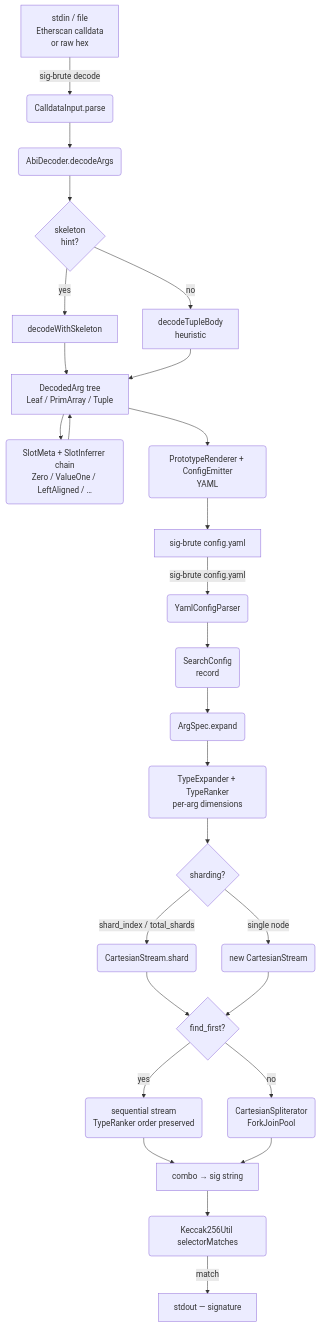
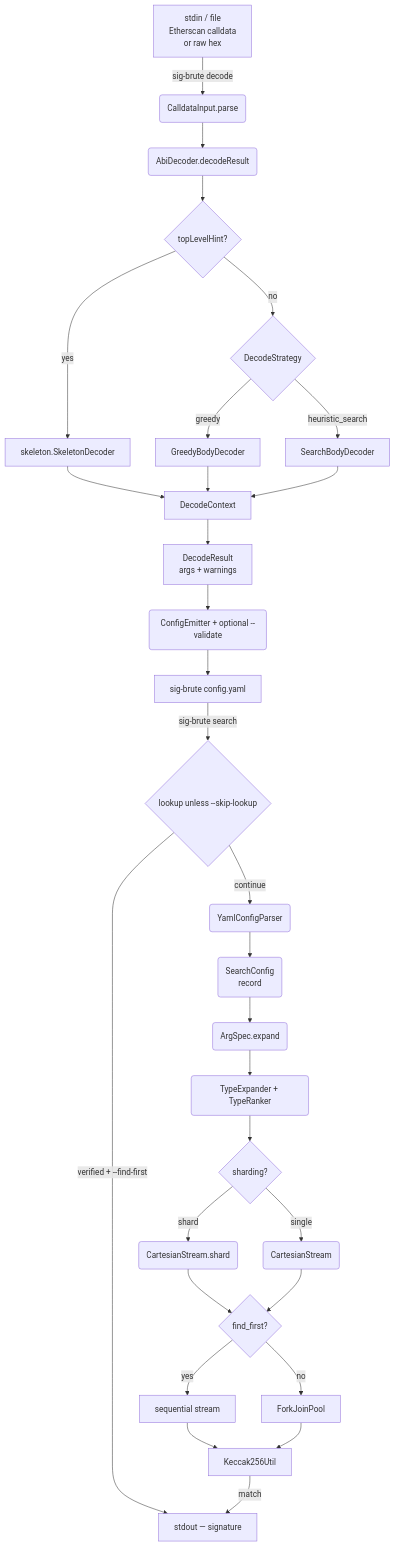
The first of 2 diagrams in designs/sig_brute_design.md (tibetty/sig-brute), drawn with Mermaid before and after one commit. The commit also changed other lines of this file and 97 other files, not shown here.

First line of the commit message:
Refactor decode pipeline with strategies, lookup preflight, and corpus verification.

````diff
--- a/designs/sig_brute_design.md
+++ b/designs/sig_brute_design.md
@@ -93,30 +100,33 @@
 ```mermaid
 flowchart TD
     A["stdin / file<br>Etherscan calldata<br>or raw hex"] -->|sig-brute decode| B(CalldataInput.parse)
-    B --> C(AbiDecoder.decodeArgs)
-    C --> D{"skeleton<br>hint?"}
-    D -->|yes| E[decodeWithSkeleton]
-    D -->|no| F["decodeTupleBody<br>heuristic"]
-    E --> G["DecodedArg tree<br>Leaf / PrimArray / Tuple"]
-    F --> G
-    G --> H("SlotMeta + SlotInferrer chain<br>Zero / ValueOne / LeftAligned / …")
-    H --> G
-    G --> I("PrototypeRenderer + ConfigEmitter<br>YAML")
-    I --> J[sig-brute config.yaml]
+    B --> C(AbiDecoder.decodeResult)
+    C --> D{"topLevelHint?"}
+    D -->|yes| E[skeleton.SkeletonDecoder]
+    D -->|no| F{DecodeStrategy}
+    F -->|greedy| G[GreedyBodyDecoder]
+    F -->|heuristic_search| H[SearchBodyDecoder]
+    E --> I[DecodeContext]
+    G --> I
+    H --> I
+    I --> J["DecodeResult<br>args + warnings"]
+    J --> K("ConfigEmitter + optional --validate")
+    K --> L[sig-brute config.yaml]
 
-    J -->|sig-brute config.yaml| K(YamlConfigParser)
-    K --> L("SearchConfig<br>record")
-    L --> M(ArgSpec.expand)
-    M --> N("TypeExpander + TypeRanker<br>per-arg dimensions")
-    N --> O{sharding?}
-    O -->|shard_index / total_shards| P(CartesianStream.shard)
-    O -->|single node| Q(new CartesianStream)
-    P --> R{find_first?}
-    Q --> R
-    R -->|yes| S("sequential stream<br>TypeRanker order preserved")
-    R -->|no| T("CartesianSpliterator<br>ForkJoinPool")
-    S --> U[combo → sig string]
+    L -->|sig-brute search| M{lookup unless --skip-lookup}
+    M -->|verified + --find-first| W[stdout — signature]
+    M -->|continue| N(YamlConfigParser)
+    N --> O("SearchConfig<br>record")
+    O --> P(ArgSpec.expand)
+    P --> Q("TypeExpander + TypeRanker")
+    Q --> R{sharding?}
+    R -->|shard| S(CartesianStream.shard)
+    R -->|single| T(CartesianStream)
+    S --> U{find_first?}
     T --> U
-    U --> V(Keccak256Util selectorMatches)
-    V -->|match| W[stdout — signature]
+    U -->|yes| V[sequential stream]
+    U -->|no| X[ForkJoinPool]
+    V --> Y[Keccak256Util]
+    X --> Y
+    Y -->|match| W
 ```
````
